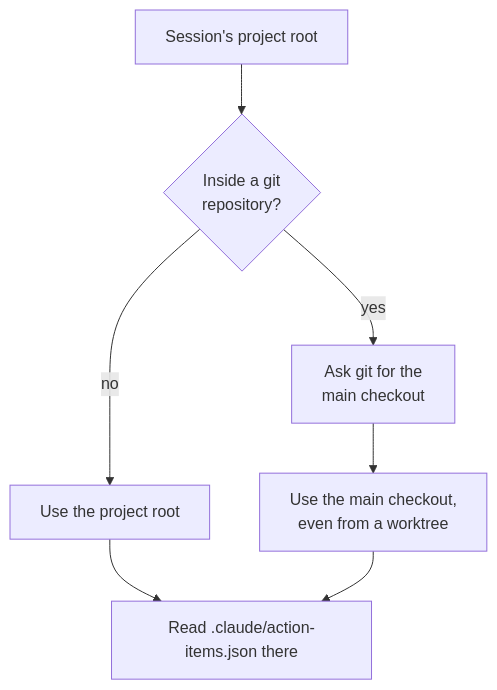
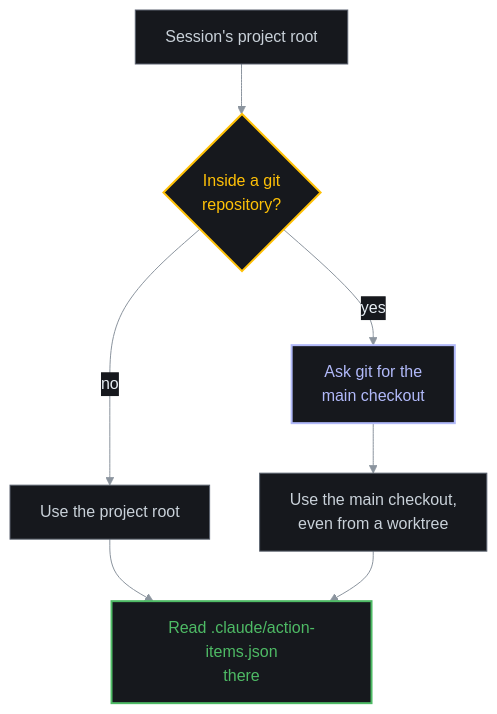
One commit to w22l/claude-code-attention-panel changed the second of 2 diagrams in README.md. Above: the diagram before and after it, drawn with Mermaid. The commit also changed other lines of this file, not shown here.

Commit message:
docs: colour the How it works diagrams like the pane; drop the sequence diagrams

````diff
--- a/README.md
+++ b/README.md
@@ -35,9 +49,19 @@
 ```mermaid
+%%{init: {"theme": "base", "themeVariables": {"primaryColor": "#16181d", "primaryTextColor": "#e6edf3", "primaryBorderColor": "#5c6370", "lineColor": "#8b949e", "edgeLabelBackground": "#16181d", "fontFamily": "ui-monospace, SFMono-Regular, Menlo, Consolas, monospace"}}}%%
 flowchart TD
     S["Session's project root"] --> Q{"Inside a git<br/>repository?"}
     Q -- "no" --> R1["Use the project root"]
     Q -- "yes" --> G["Ask git for the<br/>main checkout"]
     G --> R2["Use the main checkout,<br/>even from a worktree"]
-    R1 --> F["Read .claude/action-items.json there"]
+    R1 --> F["Read .claude/action-items.json<br/>there"]
     R2 --> F
+    classDef plain fill:#16181d,stroke:#5c6370,stroke-width:1px,color:#c9d1d9
+    classDef decide fill:#16181d,stroke:#ffc107,stroke-width:2px,color:#ffc107
+    classDef mod fill:#16181d,stroke:#b1b9f9,stroke-width:2px,color:#b1b9f9
+    classDef pane fill:#16181d,stroke:#4eba65,stroke-width:2px,color:#4eba65
+    class S,R1,R2 plain
+    class Q decide
+    class G mod
+    class F pane
+    linkStyle default stroke:#8b949e,color:#e6edf3
 ```
````
